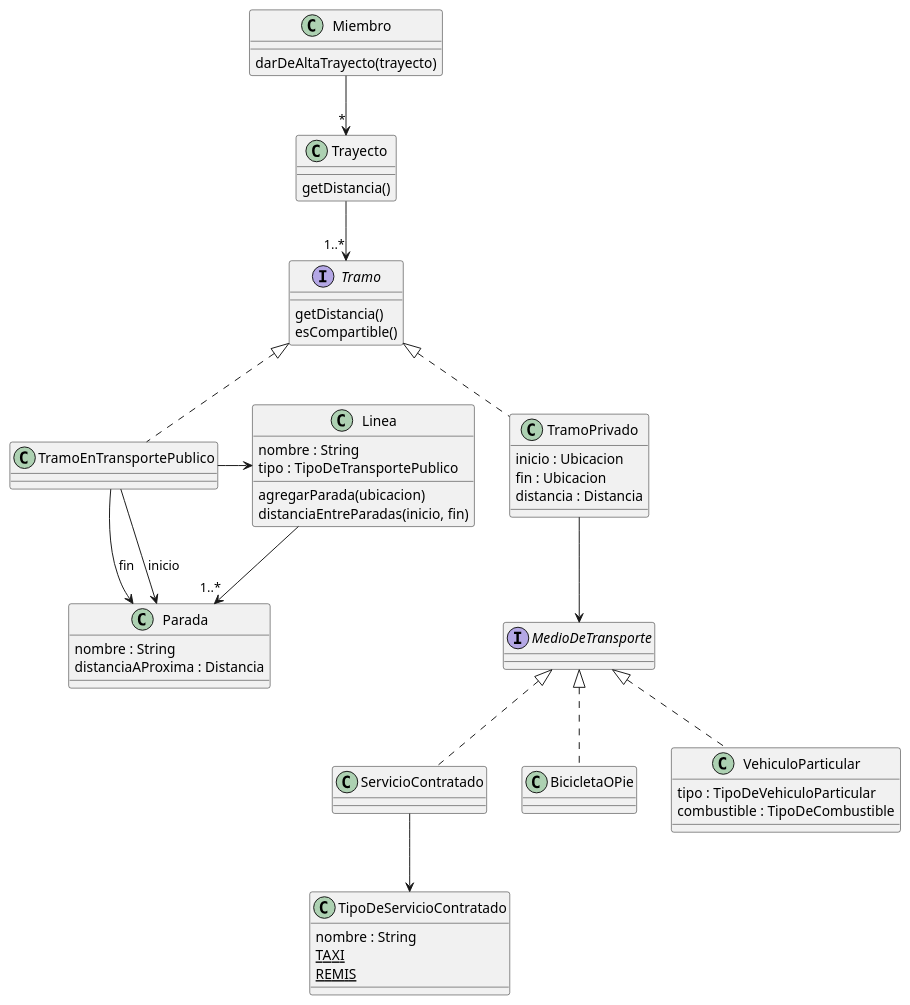
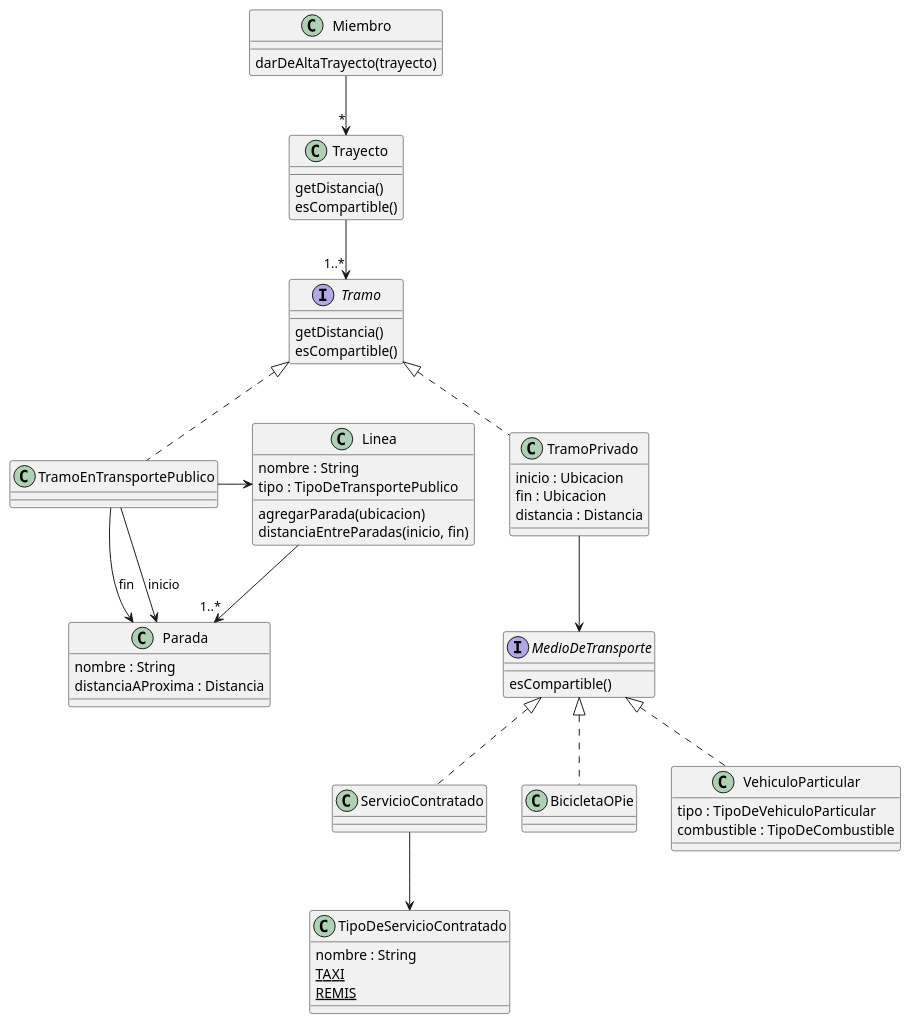
One commit to RaniAgus/dds-2022 changed the diagram in docs/tpa2/tpa2-trayectos.puml. Above: the diagram before and after it, drawn with PlantUML.

Commit message:
actualizo diagrama tpa2

```diff
--- a/docs/tpa2/tpa2-trayectos.puml
+++ b/docs/tpa2/tpa2-trayectos.puml
@@ -1,70 +1,72 @@
 @startuml
 
 class Miembro {
     darDeAltaTrayecto(trayecto)
 }
 
 Miembro --> "*" Trayecto
 
 class Trayecto {
     getDistancia()
+    esCompartible()
 }
 
 Trayecto --> "1..*" Tramo
 
 interface Tramo {
     getDistancia()
     esCompartible()
 }
 
 class TramoPrivado implements Tramo {
     inicio : Ubicacion
     fin : Ubicacion
     distancia : Distancia
 }
 
 TramoPrivado --> MedioDeTransporte
 
 interface MedioDeTransporte {
+    esCompartible()
 }
 
 MedioDeTransporte <|.. ServicioContratado
 MedioDeTransporte <|.. BicicletaOPie
 MedioDeTransporte <|.. VehiculoParticular
 
 class VehiculoParticular {
     tipo : TipoDeVehiculoParticular
     combustible : TipoDeCombustible
 }
 
 ServicioContratado --> TipoDeServicioContratado
 
 class TipoDeServicioContratado {
     nombre : String
     {static} TAXI
     {static} REMIS
 }
 
 
 class TramoEnTransportePublico implements Tramo {
 }
 
 TramoEnTransportePublico -right-> Linea
 TramoEnTransportePublico --> Parada : inicio
 TramoEnTransportePublico --> Parada : fin
 
 class Linea {
     nombre : String
     tipo : TipoDeTransportePublico
     agregarParada(ubicacion)
     distanciaEntreParadas(inicio, fin)
 }
 
 Linea --> "1..*" Parada
 
 class Parada {
     nombre : String
     distanciaAProxima : Distancia
 }
 
 @enduml
```
